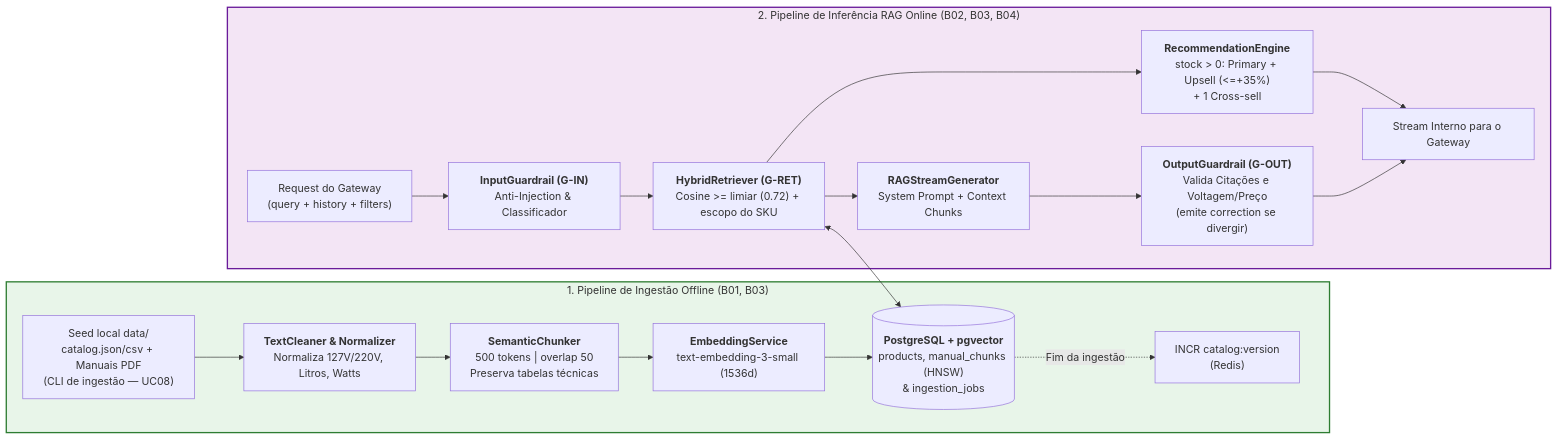
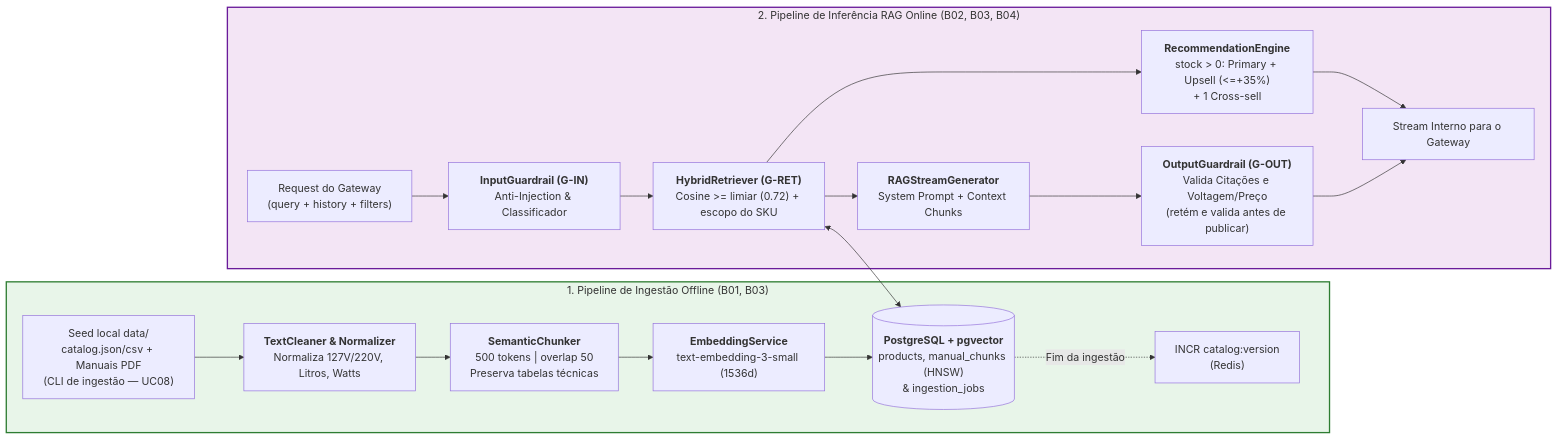
One commit to rodrigololr/smartsales_rag changed the diagram in specs/components/01_backend_rag_and_guardrails_spec.md. Above: the diagram before and after it, drawn with Mermaid. The commit also changed other lines of this file and 23 other files, not shown here.

````diff
--- a/specs/components/01_backend_rag_and_guardrails_spec.md
+++ b/specs/components/01_backend_rag_and_guardrails_spec.md
@@ -11,23 +11,23 @@
 ```mermaid
 flowchart LR
     subgraph INGEST ["1. Pipeline de Ingestão Offline (B01, B03)"]
         PDF["Seed local data/<br/>catalog.json/csv + Manuais PDF<br/>(CLI de ingestão — UC08)"] --> CLEAN["<b>TextCleaner & Normalizer</b><br/>Normaliza 127V/220V, Litros, Watts"]
         CLEAN --> CHUNK["<b>SemanticChunker</b><br/>500 tokens | overlap 50<br/>Preserva tabelas técnicas"]
         CHUNK --> EMB["<b>EmbeddingService</b><br/>text-embedding-3-small (1536d)"]
         EMB --> PG[("<b>PostgreSQL + pgvector</b><br/>products, manual_chunks (HNSW)<br/>& ingestion_jobs")]
         PG -.->|"Fim da ingestão"| VER["INCR catalog:version<br/>(Redis)"]
     end
 
     subgraph RUNTIME ["2. Pipeline de Inferência RAG Online (B02, B03, B04)"]
         REQ["Request do Gateway<br/>(query + history + filters)"] --> GIN["<b>InputGuardrail (G-IN)</b><br/>Anti-Injection & Classificador"]
         GIN --> HRET["<b>HybridRetriever (G-RET)</b><br/>Cosine >= limiar (0.72) + escopo do SKU"]
         HRET <--> PG
         HRET --> REC["<b>RecommendationEngine</b><br/>stock > 0: Primary + Upsell (<=+35%)<br/>+ 1 Cross-sell"]
         HRET --> GEN["<b>RAGStreamGenerator</b><br/>System Prompt + Context Chunks"]
-        GEN --> GOUT["<b>OutputGuardrail (G-OUT)</b><br/>Valida Citações e Voltagem/Preço<br/>(emite correction se divergir)"]
+        GEN --> GOUT["<b>OutputGuardrail (G-OUT)</b><br/>Valida Citações e Voltagem/Preço<br/>(retém e valida antes de publicar)"]
         REC & GOUT --> OUT["Stream Interno para o Gateway"]
     end
 
     style INGEST fill:#e8f5e9,stroke:#2e7d32,stroke-width:2px
     style RUNTIME fill:#f3e5f5,stroke:#6a1b9a,stroke-width:2px
 ```
````
